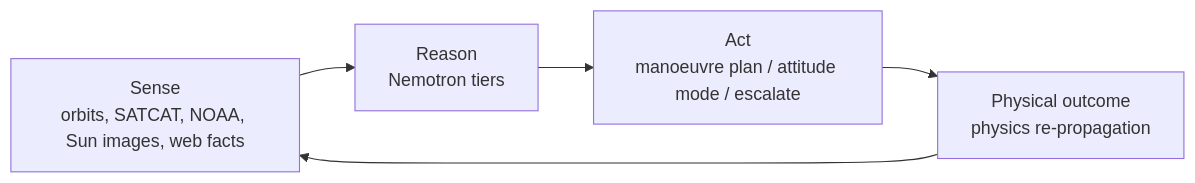
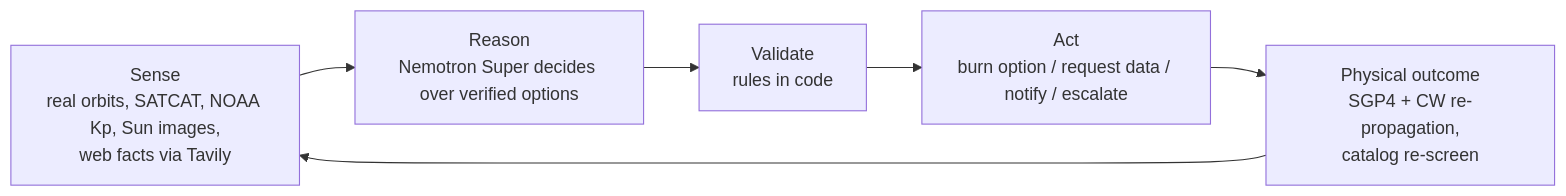
Before and after one commit to youngjun-choi-kr/cric: the first of 2 diagrams in ARCHITECTURE.md, drawn with Mermaid. The commit also changed other lines of this file and 2 other files, not shown here.

Commit message:
Point README and repo root at the live demo; rewrite ARCHITECTURE for the final design

````diff
--- a/ARCHITECTURE.md
+++ b/ARCHITECTURE.md
@@ -7,7 +9,8 @@
 ```mermaid
 flowchart LR
-    S[Sense<br/>orbits, SATCAT, NOAA, Sun images, web facts] --> R[Reason<br/>Nemotron tiers]
-    R --> A[Act<br/>manoeuvre plan / attitude mode / escalate]
-    A --> P[Physical outcome<br/>physics re-propagation]
+    S[Sense<br/>real orbits, SATCAT, NOAA Kp, Sun images,<br/>web facts via Tavily] --> R[Reason<br/>Nemotron Super decides over verified options]
+    R --> V[Validate<br/>rules in code]
+    V --> A[Act<br/>burn option / request data / notify / escalate]
+    A --> P[Physical outcome<br/>SGP4 + CW re-propagation,<br/>catalog re-screen]
     P --> S
 ```
````
